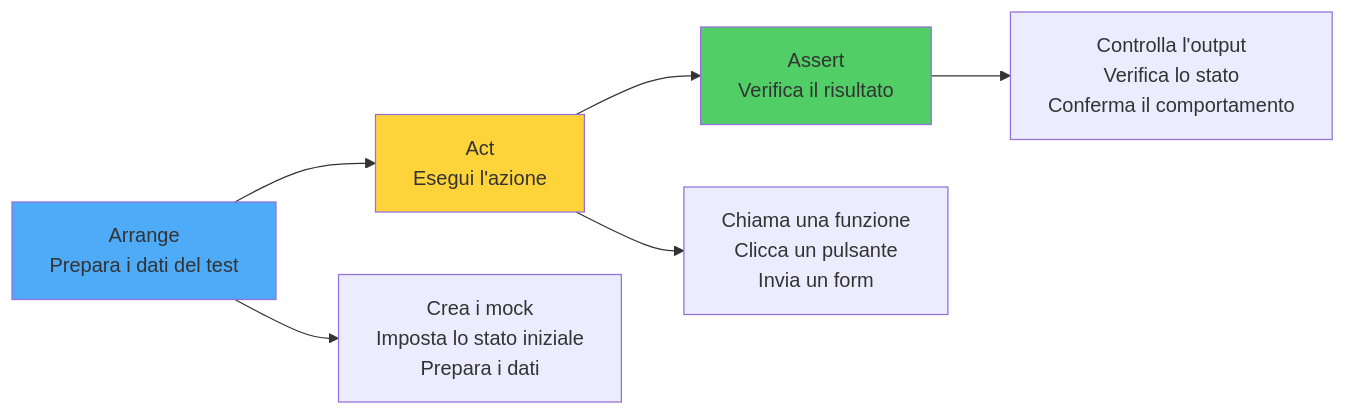
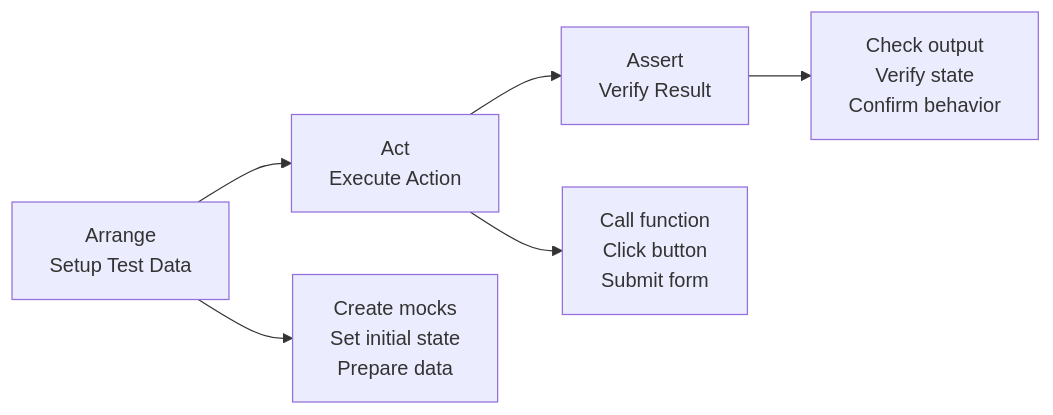
Before and after one commit to BabaScience/react-guides: the fifth of 10 diagrams in arguments/chapters/it/10-testing.md, drawn with Mermaid. The commit also changed other lines of this file and 29 other files, not shown here.

First line of the commit message:
Bring React FR/IT translations to full English parity + theme-safe diagrams

````diff
--- a/arguments/chapters/it/10-testing.md
+++ b/arguments/chapters/it/10-testing.md
@@ -172,13 +1018,10 @@
 ```mermaid
 graph LR
-    A[Arrange<br/>Prepara i dati del test] --> B[Act<br/>Esegui l'azione]
-    B --> C[Assert<br/>Verifica il risultato]
-
-    A --> A1[Crea i mock<br/>Imposta lo stato iniziale<br/>Prepara i dati]
-    B --> B1[Chiama una funzione<br/>Clicca un pulsante<br/>Invia un form]
-    C --> C1[Controlla l'output<br/>Verifica lo stato<br/>Conferma il comportamento]
-
-    style A fill:#4dabf7
-    style B fill:#ffd43b
-    style C fill:#51cf66
+    A[Arrange<br/>Setup Test Data] --> B[Act<br/>Execute Action]
+    B --> C[Assert<br/>Verify Result]
+    
+    A --> A1[Create mocks<br/>Set initial state<br/>Prepare data]
+    B --> B1[Call function<br/>Click button<br/>Submit form]
+    C --> C1[Check output<br/>Verify state<br/>Confirm behavior]
+    
 ```
````
